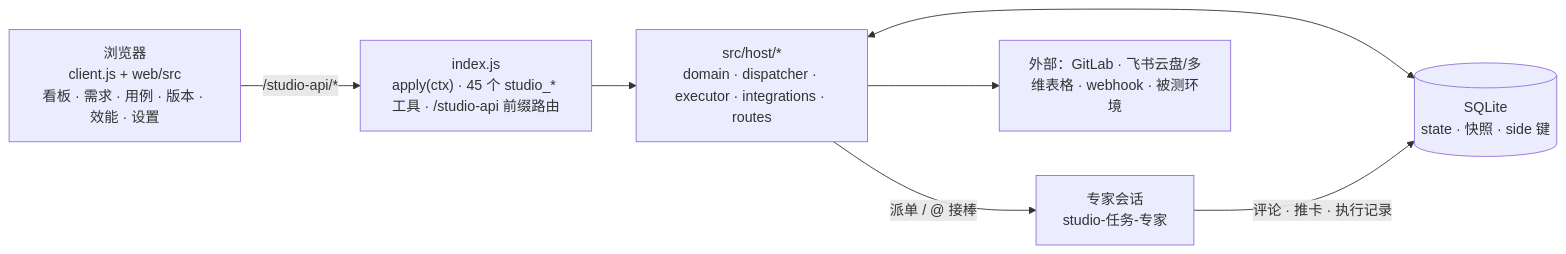
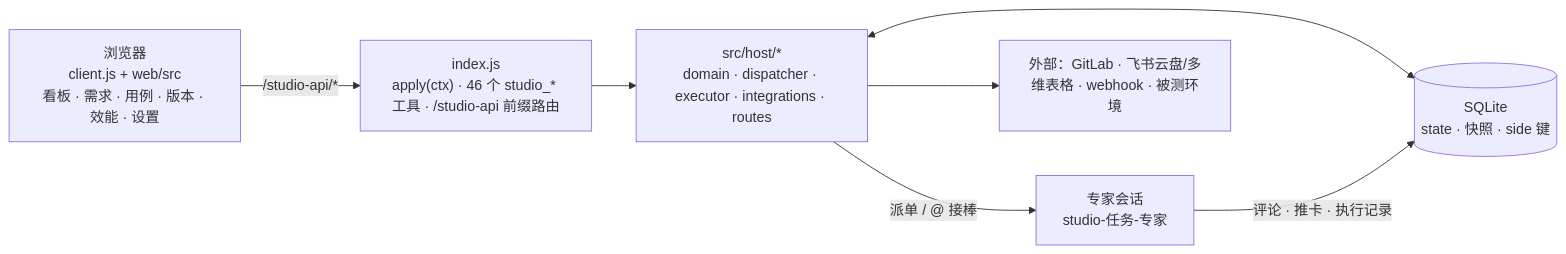
The diagram in README.md (linchuncheng/dsh-studio), drawn with Mermaid before and after one commit. The commit also changed 10 other files, not shown here.

````diff
--- a/README.md
+++ b/README.md
@@ -47,15 +47,15 @@
 ```mermaid
 flowchart LR
   UI["浏览器<br/>client.js + web/src<br/>看板 · 需求 · 用例 · 版本 · 效能 · 设置"]
-  API["index.js<br/>apply(ctx) · 45 个 studio_* 工具 · /studio-api 前缀路由"]
+  API["index.js<br/>apply(ctx) · 46 个 studio_* 工具 · /studio-api 前缀路由"]
   HOST["src/host/*<br/>domain · dispatcher · executor · integrations · routes"]
   DB[("SQLite<br/>state · 快照 · side 键")]
   AGENT["专家会话<br/>studio-任务-专家"]
   EXT["外部：GitLab · 飞书云盘/多维表格 · webhook · 被测环境"]
   UI -->|"/studio-api/*"| API
   API --> HOST
   HOST <--> DB
   HOST -->|"派单 / @ 接棒"| AGENT
   AGENT -->|"评论 · 推卡 · 执行记录"| DB
   HOST --> EXT
 ```
````
